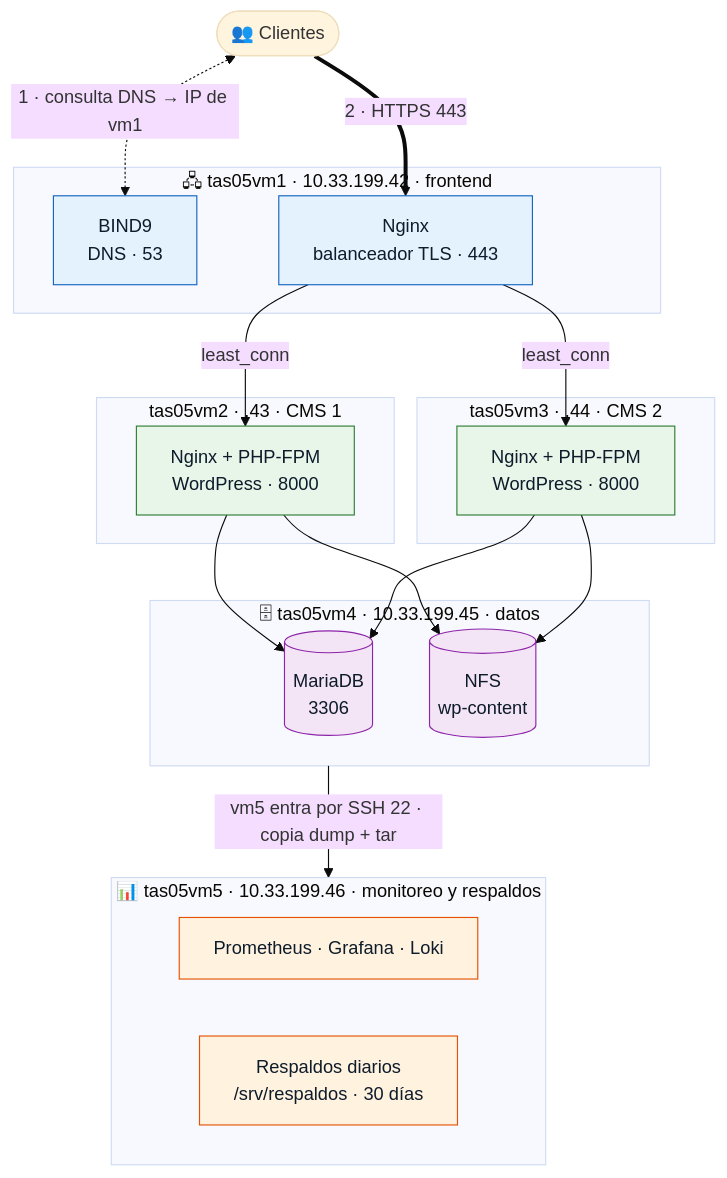
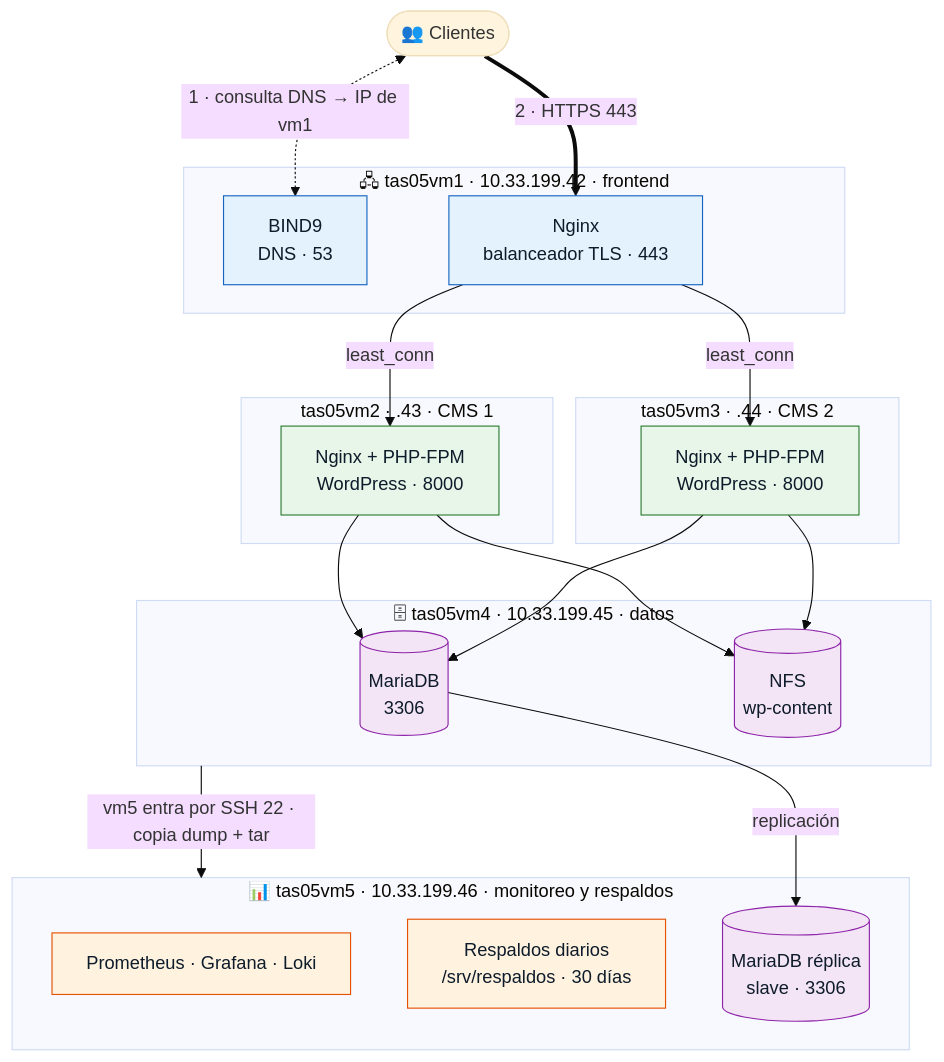
One commit to crisalvav/TAS changed the diagram in README.md. Above: the diagram before and after it, drawn with Mermaid (base theme).

Commit message:
docs: agregar MariaDB réplica (slave) en vm5 del diagrama

````diff
--- a/README.md
+++ b/README.md
@@ -42,45 +42,47 @@
 ```mermaid
 %%{init: {"flowchart": {"wrappingWidth": 260}}}%%
 flowchart TB
     C(["👥 Clientes"])
 
     subgraph VM1["🖧 tas05vm1 · 10.33.199.42 · frontend"]
         DNS["BIND9<br/>DNS · 53"]
         LB["Nginx<br/>balanceador TLS · 443"]
     end
 
     subgraph VM2["tas05vm2 · .43 · CMS 1"]
         WP2["Nginx + PHP-FPM<br/>WordPress · 8000"]
     end
 
     subgraph VM3["tas05vm3 · .44 · CMS 2"]
         WP3["Nginx + PHP-FPM<br/>WordPress · 8000"]
     end
 
     subgraph VM4["🗄 tas05vm4 · 10.33.199.45 · datos"]
         DB[("MariaDB<br/>3306")]
         NFS[("NFS<br/>wp-content")]
     end
 
     subgraph VM5["📊 tas05vm5 · 10.33.199.46 · monitoreo y respaldos"]
         MON["Prometheus · Grafana · Loki"]
         BK["Respaldos diarios<br/>/srv/respaldos · 30 días"]
+        DB5[("MariaDB réplica<br/>slave · 3306")]
     end
 
     C <-. "1 · consulta DNS → IP de vm1" .-> DNS
     C == "2 · HTTPS 443" ==> LB
     LB -- "least_conn" --> WP2
     LB -- "least_conn" --> WP3
     WP2 --> DB & NFS
     WP3 --> DB & NFS
     VM4 -- "vm5 entra por SSH 22 · copia dump + tar" --> VM5
+    DB -- "replicación" --> DB5
 
     classDef front fill:#e3f2fd,stroke:#1565c0,color:#0d1b2a
     classDef web fill:#e8f5e9,stroke:#2e7d32,color:#0d1b2a
     classDef data fill:#f3e5f5,stroke:#8e24aa,color:#0d1b2a
     classDef ops fill:#fff3e0,stroke:#e65100,color:#0d1b2a
     class DNS,LB front
     class WP2,WP3 web
-    class DB,NFS data
+    class DB,NFS,DB5 data
     class MON,BK ops
 ```
````
